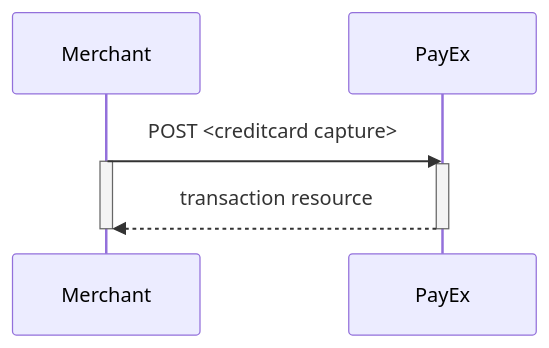
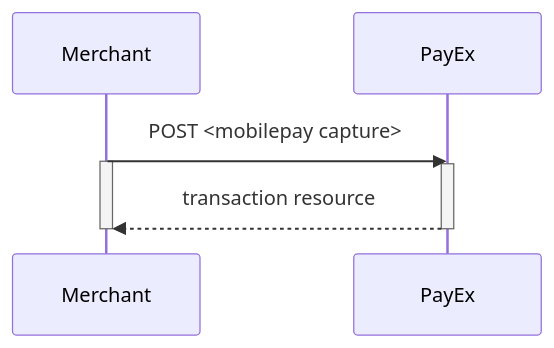
The first of 3 diagrams in payments/mobile-pay/other-features.md (SwedbankPay/developer.swedbankpay.com), drawn with Mermaid before and after one commit. The commit also changed other lines of this file and 3 other files, not shown here.

````diff
--- a/payments/mobile-pay/other-features.md
+++ b/payments/mobile-pay/other-features.md
@@ -534,9 +534,9 @@
 ```mermaid
 sequenceDiagram
-  Merchant->>PayEx: POST <creditcard capture>
+  Merchant->>PayEx: POST <mobilepay capture>
   Activate Merchant
   Activate PayEx
   PayEx-->>Merchant: transaction resource
   Deactivate PayEx
   Deactivate Merchant
 ```
````
